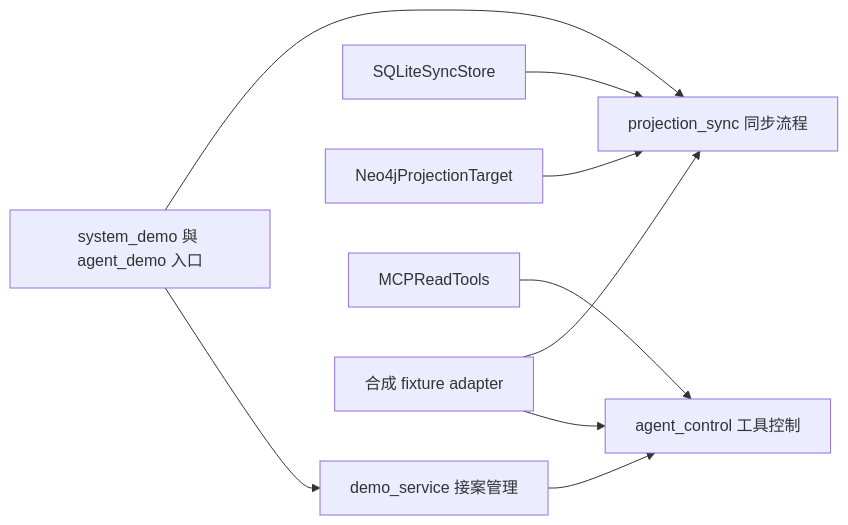
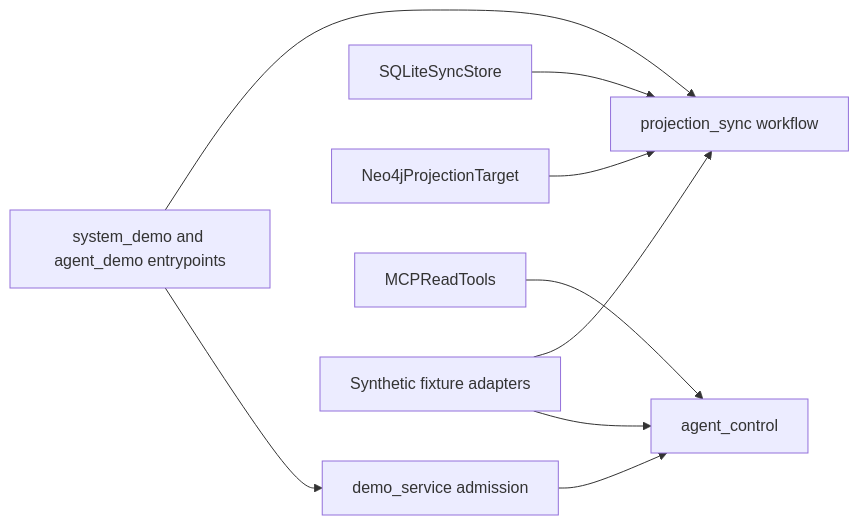
One commit to quietbranch88/bom-change-review changed the fourth of 4 diagrams in docs/architecture.md. Above: the diagram before and after it, drawn with Mermaid. The commit also changed other lines of this file and 22 other files, not shown here.

Commit message:
docs: translate public documentation and diagrams

````diff
--- a/docs/architecture.md
+++ b/docs/architecture.md
@@ -82,11 +82,11 @@
 ```mermaid
 flowchart LR
-    CLI[system_demo 與 agent_demo 入口] --> WF[projection_sync 同步流程]
-    CLI --> AD[demo_service 接案管理]
-    AD --> AC[agent_control 工具控制]
+    CLI[system_demo and agent_demo entrypoints] --> WF[projection_sync workflow]
+    CLI --> AD[demo_service admission]
+    AD --> AC[agent_control]
     SQ[SQLiteSyncStore] --> WF
     GT[Neo4jProjectionTarget] --> WF
     MC[MCPReadTools] --> AC
-    FIX[合成 fixture adapter] --> WF
+    FIX[Synthetic fixture adapters] --> WF
     FIX --> AC
 ```
````
